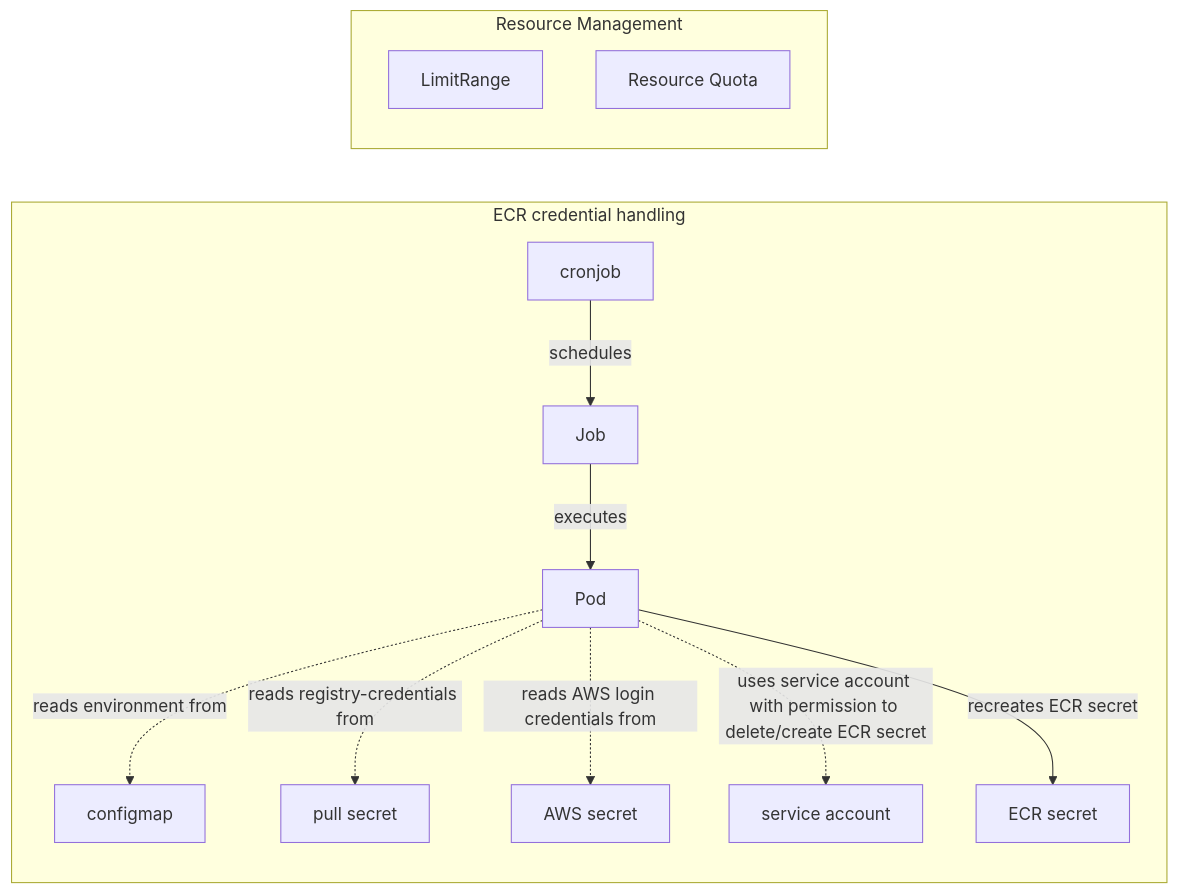
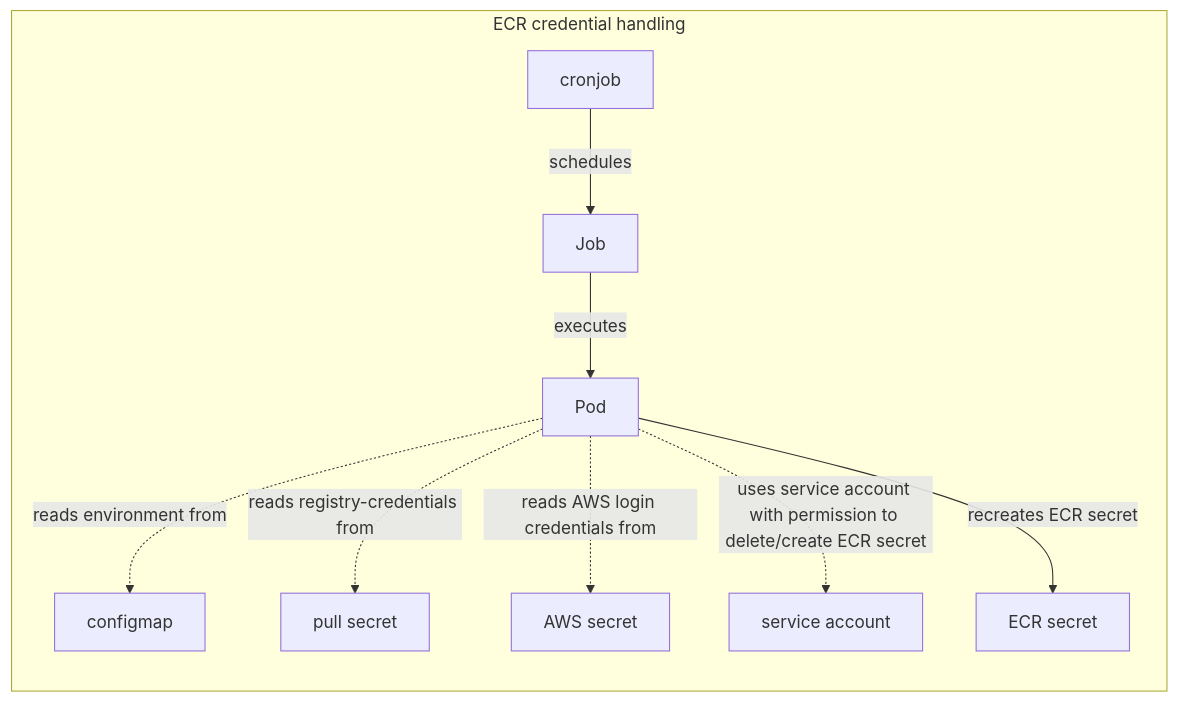
The diagram in README.md (pflege-de/k8s-namespace-defaults), drawn with Mermaid before and after one commit. The commit also changed other lines of this file and 5 other files, not shown here.

````diff
--- a/README.md
+++ b/README.md
@@ -61,19 +62,14 @@
 ```mermaid
 
 graph LR;
 
 subgraph ECR credential handling
 cronjob-- schedules -->job[Job]-- executes -->Pod[Pod];
 Pod-. reads environment from .->configmap[configmap];
 Pod-. reads registry-credentials from .->pullsecret[pull secret];
 Pod-. reads AWS login credentials from .->awssecret[AWS secret];
 Pod-. uses service account with permission to delete/create ECR secret .->sa[service account];
 Pod-- recreates ECR secret -->ecrsecret[ECR secret];
 end
 
-subgraph Resource Management
-Limitrange[LimitRange];
-ResourceQuota[Resource Quota]
-end
-
  ```
````
